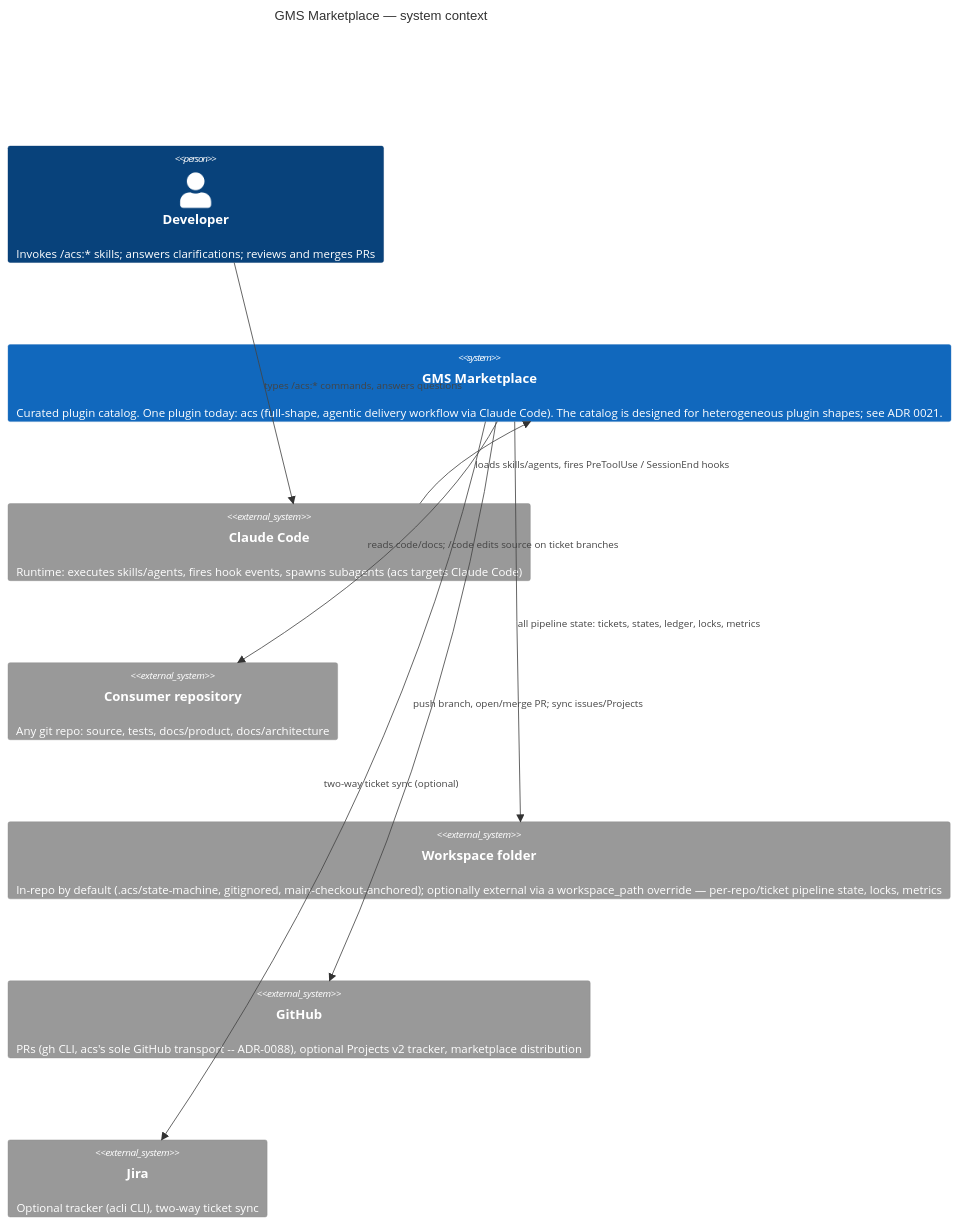
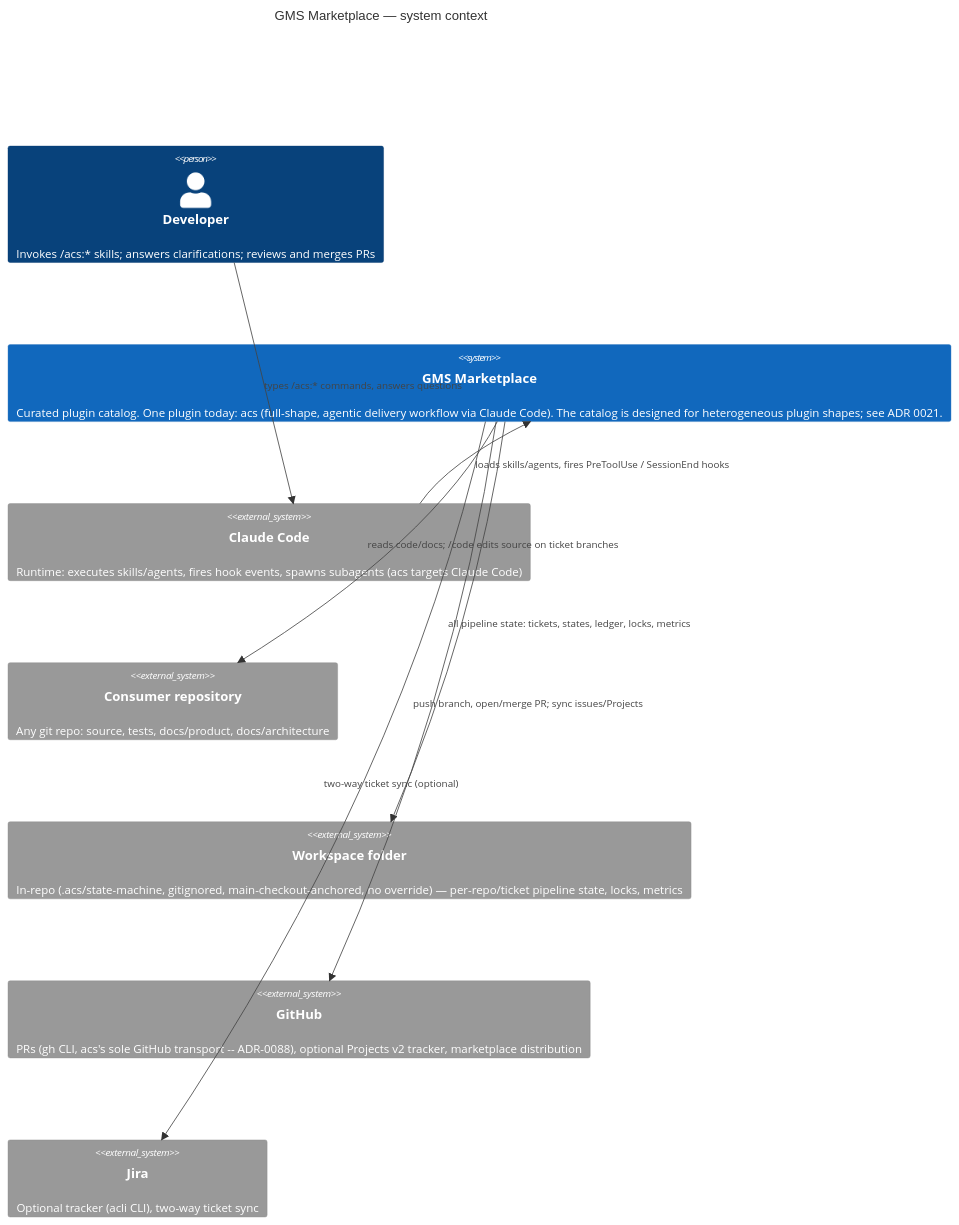
One commit to globalmindsolution/gms-marketplace changed the diagram in docs/architecture/hld/c4-context.md. Above: the diagram before and after it, drawn with Mermaid. The commit also changed 150 other files, not shown here.

````diff
--- a/docs/architecture/hld/c4-context.md
+++ b/docs/architecture/hld/c4-context.md
@@ -3,21 +3,21 @@
 ```mermaid
 C4Context
     title GMS Marketplace — system context
 
     Person(dev, "Developer", "Invokes /acs:* skills; answers clarifications; reviews and merges PRs")
 
     System(mkt, "GMS Marketplace", "Curated plugin catalog. One plugin today: acs (full-shape, agentic delivery workflow via Claude Code). The catalog is designed for heterogeneous plugin shapes; see ADR 0021.")
 
     System_Ext(cc, "Claude Code", "Runtime: executes skills/agents, fires hook events, spawns subagents (acs targets Claude Code)")
     System_Ext(repo, "Consumer repository", "Any git repo: source, tests, docs/product, docs/architecture")
-    System_Ext(ws, "Workspace folder", "In-repo by default (.acs/state-machine, gitignored, main-checkout-anchored); optionally external via a workspace_path override — per-repo/ticket pipeline state, locks, metrics")
+    System_Ext(ws, "Workspace folder", "In-repo (.acs/state-machine, gitignored, main-checkout-anchored, no override) — per-repo/ticket pipeline state, locks, metrics")
     System_Ext(gh, "GitHub", "PRs (gh CLI, acs's sole GitHub transport -- ADR-0088), optional Projects v2 tracker, marketplace distribution")
     System_Ext(jira, "Jira", "Optional tracker (acli CLI), two-way ticket sync")
 
     Rel(dev, cc, "types /acs:* commands, answers questions")
     Rel(cc, mkt, "loads skills/agents, fires PreToolUse / SessionEnd hooks")
     Rel(mkt, repo, "reads code/docs; /code edits source on ticket branches")
     Rel(mkt, ws, "all pipeline state: tickets, states, ledger, locks, metrics")
     Rel(mkt, gh, "push branch, open/merge PR; sync issues/Projects")
     Rel(mkt, jira, "two-way ticket sync (optional)")
 ```
````
